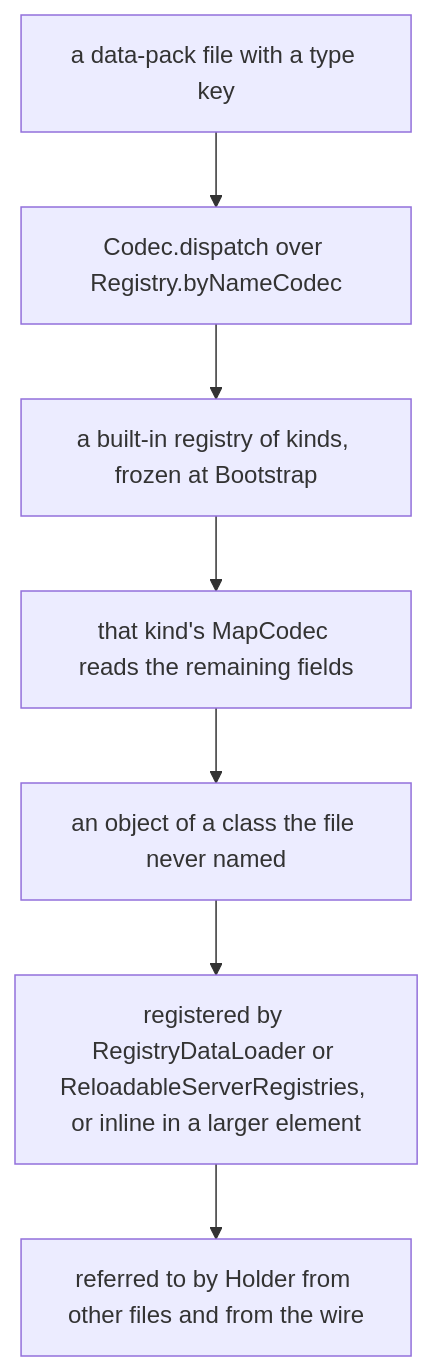
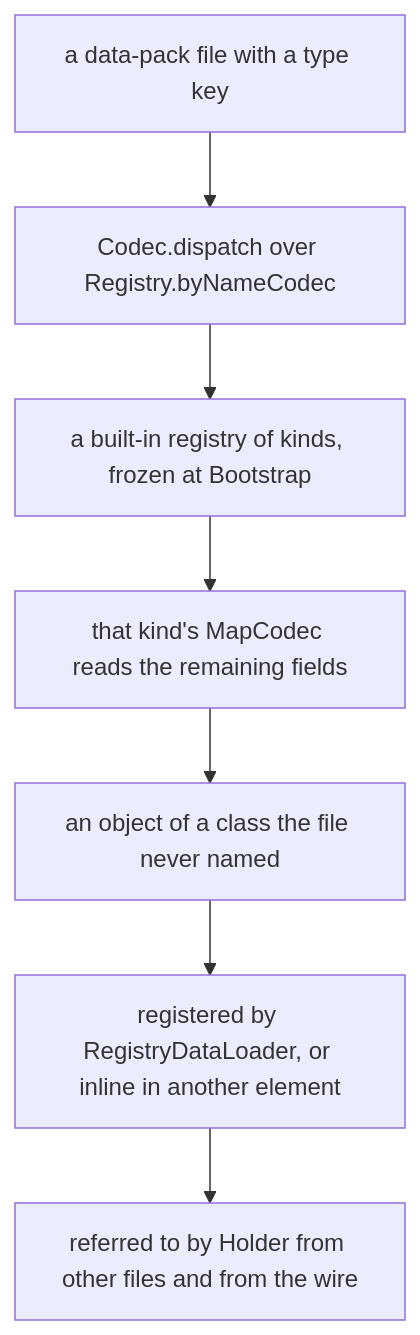
One commit to AlexanderjFraser/MinecraftDocs changed the first of 2 diagrams in src/systems/foundations/data-driven-types.md. Above: the diagram before and after it, drawn with Mermaid. The commit also changed other lines of this file and 68 other files, not shown here.

````diff
--- a/src/systems/foundations/data-driven-types.md
+++ b/src/systems/foundations/data-driven-types.md
@@ -60,9 +61,9 @@
 ```mermaid
 flowchart TD
     F["a data-pack file with a type key"] --> D["Codec.dispatch over Registry.byNameCodec"]
     D --> K["a built-in registry of kinds, frozen at Bootstrap"]
     K --> M["that kind's MapCodec reads the remaining fields"]
     M --> O["an object of a class the file never named"]
-    O --> R["registered by RegistryDataLoader or ReloadableServerRegistries, or inline in a larger element"]
+    O --> R["registered by RegistryDataLoader, or inline in another element"]
     R --> H["referred to by Holder from other files and from the wire"]
 ```
````
